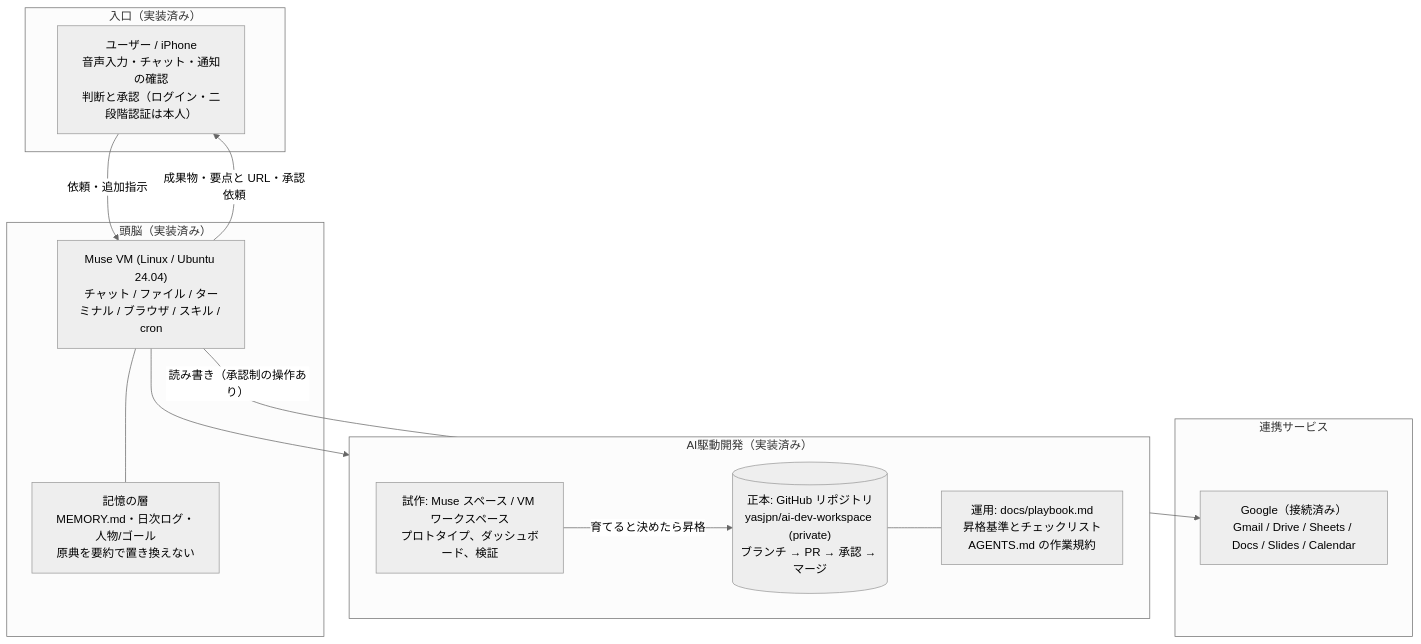
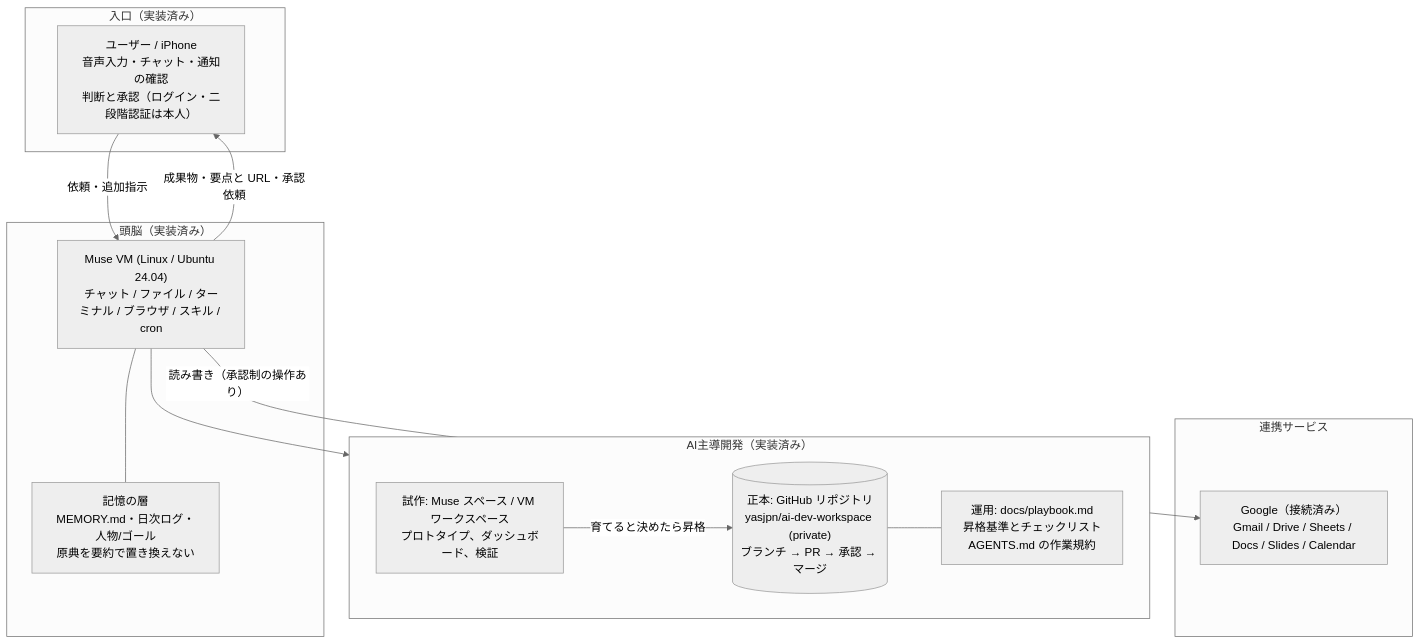
The first of 2 diagrams in docs/architecture.md (yasjpn/ai-dev-public), drawn with Mermaid (neutral theme) before and after one commit. The commit also changed 3 other files, not shown here.

Commit message:
表記変更: AI駆動開発→AI主導開発（全ファイル）

````diff
--- a/docs/architecture.md
+++ b/docs/architecture.md
@@ -10,30 +10,30 @@
 ```mermaid
 flowchart TB
     subgraph IN["入口（実装済み）"]
         U["ユーザー / iPhone<br/>音声入力・チャット・通知の確認<br/>判断と承認（ログイン・二段階認証は本人）"]
     end
 
     subgraph BRAIN["頭脳（実装済み）"]
         M["Muse VM (Linux / Ubuntu 24.04)<br/>チャット / ファイル / ターミナル / ブラウザ / スキル / cron"]
         MEM["記憶の層<br/>MEMORY.md・日次ログ・人物/ゴール<br/>原典を要約で置き換えない"]
         M --- MEM
     end
 
-    subgraph DEV["AI駆動開発（実装済み）"]
+    subgraph DEV["AI主導開発（実装済み）"]
         SP["試作: Muse スペース / VM ワークスペース<br/>プロトタイプ、ダッシュボード、検証"]
         GH[("正本: GitHub リポジトリ<br/>yasjpn/ai-dev-workspace (private)<br/>ブランチ → PR → 承認 → マージ")]
         PB["運用: docs/playbook.md<br/>昇格基準とチェックリスト<br/>AGENTS.md の作業規約"]
         SP -->|"育てると決めたら昇格"| GH
         GH --- PB
     end
 
     subgraph LINK["連携サービス"]
         G["Google（接続済み）<br/>Gmail / Drive / Sheets / Docs / Slides / Calendar"]
     end
 
 
     U -->|"依頼・追加指示"| M
     M -->|"成果物・要点と URL・承認依頼"| U
     M --> DEV
     M -->|"読み書き（承認制の操作あり）"| G
 ```
````
